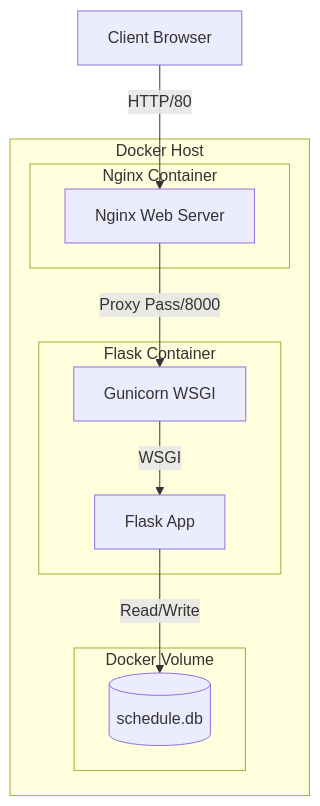
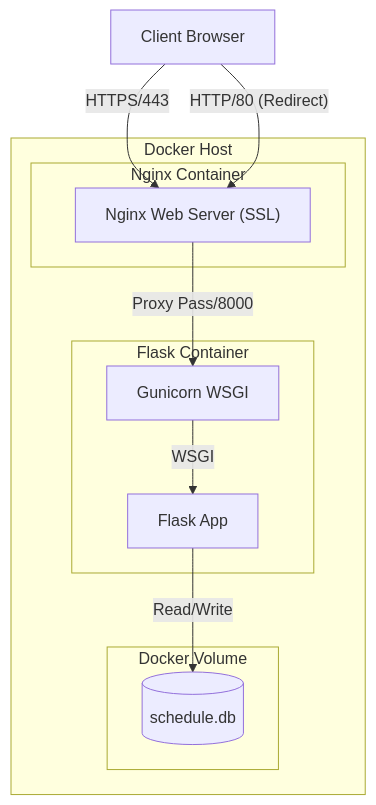
The diagram in docs/trd.md (redlady-GH/lecture_notice_board), drawn with Mermaid before and after one commit. The commit also changed other lines of this file and 7 other files, not shown here.

````diff
--- a/docs/trd.md
+++ b/docs/trd.md
@@ -9,21 +9,22 @@
 ```mermaid
 graph TD
     Client["Client Browser"]
     subgraph Docker Host
         subgraph Nginx Container
-            Nginx["Nginx Web Server"]
+            Nginx["Nginx Web Server (SSL)"]
         end
         subgraph Flask Container
             Gunicorn["Gunicorn WSGI"]
             Flask["Flask App"]
         end
         subgraph Docker Volume
             SQLite[("schedule.db")]
         end
     end
 
-    Client -- "HTTP/80" --> Nginx
+    Client -- "HTTPS/443" --> Nginx
+    Client -- "HTTP/80 (Redirect)" --> Nginx
     Nginx -- "Proxy Pass/8000" --> Gunicorn
     Gunicorn -- "WSGI" --> Flask
     Flask -- "Read/Write" --> SQLite
 ```
````
